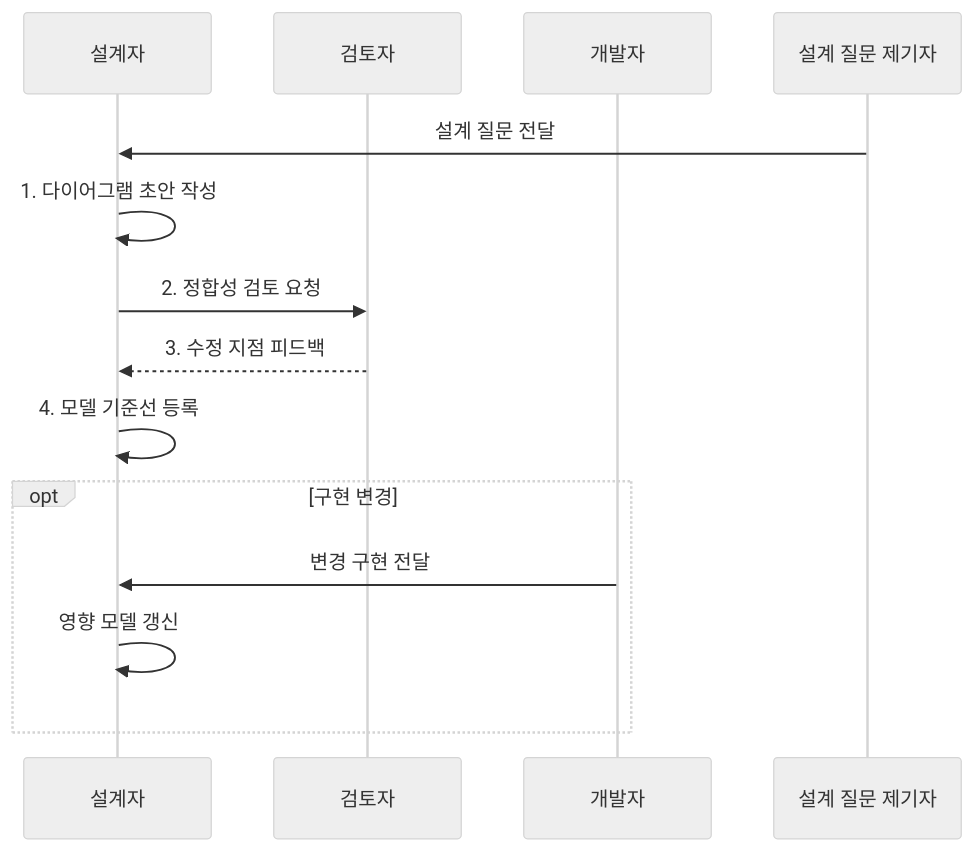
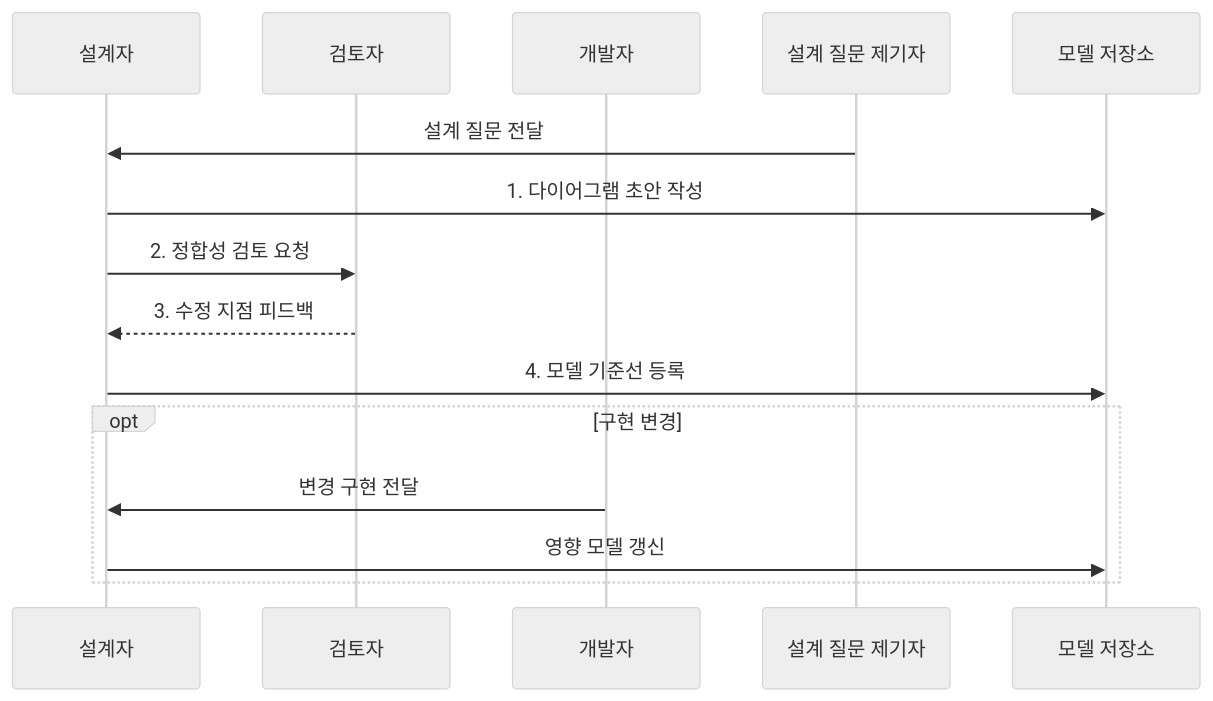
Before and after one commit to agnusdei1207/knowledge-base: the second of 2 diagrams in src/content/docs/notes/03-software/037_uml_diagrams.md, drawn with Mermaid (neutral theme). The commit also changed other lines of this file and 9 other files, not shown here.

````diff
--- a/src/content/docs/notes/03-software/037_uml_diagrams.md
+++ b/src/content/docs/notes/03-software/037_uml_diagrams.md
@@ -103,16 +103,17 @@
 ```mermaid
 sequenceDiagram
     participant D as 설계자
     participant V as 검토자
     participant P as 개발자
     participant Q as 설계 질문 제기자
+    participant R as 모델 저장소
     Q->>D: 설계 질문 전달
-    D->>D: 1. 다이어그램 초안 작성
+    D->>R: 1. 다이어그램 초안 작성
     D->>V: 2. 정합성 검토 요청
     V-->>D: 3. 수정 지점 피드백
-    D->>D: 4. 모델 기준선 등록
+    D->>R: 4. 모델 기준선 등록
     opt 구현 변경
         P->>D: 변경 구현 전달
-        D->>D: 영향 모델 갱신
+        D->>R: 영향 모델 갱신
     end
 ```
````
